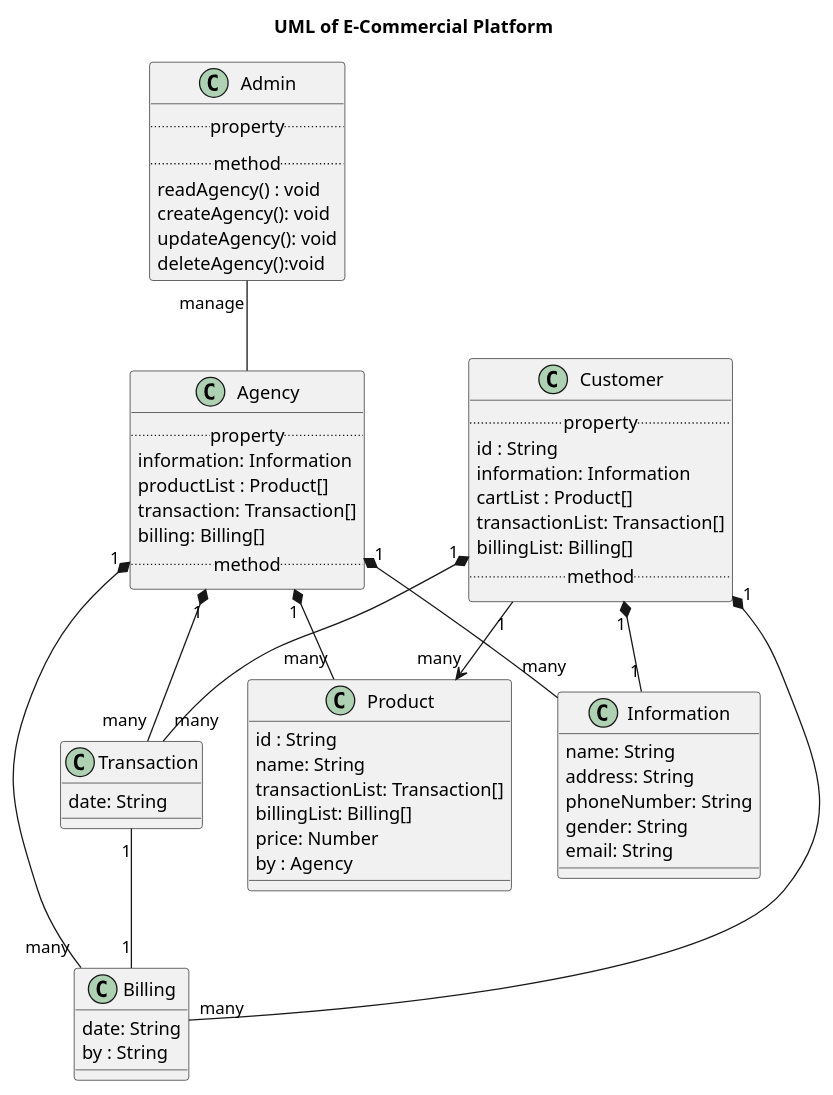
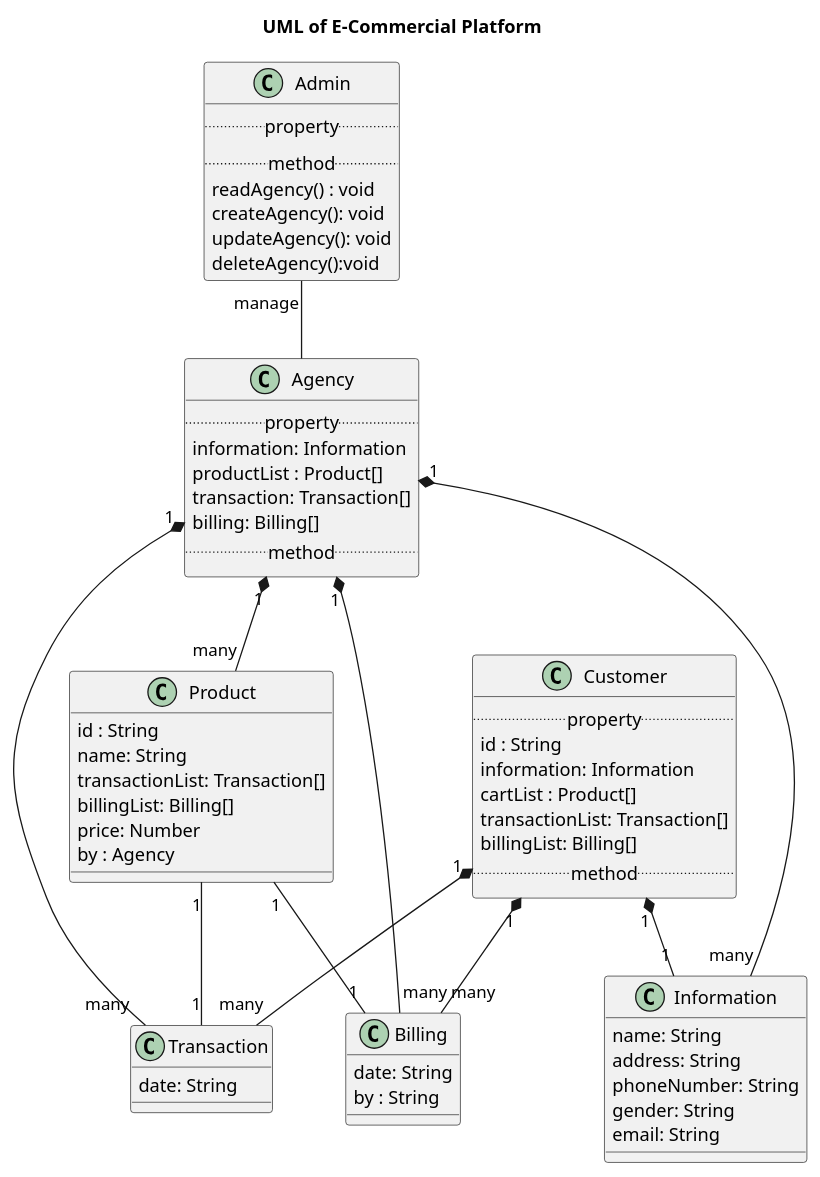
Before and after one commit to hoangquocnam/UDT_Testing: the diagram in Case_Study/UML/system.puml, drawn with PlantUML. The commit also changed 11 other files, not shown here.

Commit message:
update UML system

```diff
--- a/Case_Study/UML/system.puml
+++ b/Case_Study/UML/system.puml
@@ -1,74 +1,74 @@
 @startuml Application use cases diagram
 skinparam actorStyle awesome
 title UML of E-Commercial Platform
 
 
 class Information{
     name: String
     address: String
     phoneNumber: String
     gender: String
     email: String
 }
 
 class Billing{
     date: String
     by : String
 }
 
 
 class Transaction{
     date: String
 }
 
 class Product{
     id : String
     name: String
     transactionList: Transaction[]
     billingList: Billing[]
     price: Number
     by : Agency
 }
 
 class Customer{
     ..property..
     id : String
     information: Information
     cartList : Product[]
     transactionList: Transaction[]
     billingList: Billing[]
     ..method..
 }
 
 class Agency{
     ..property..
     information: Information
     productList : Product[]
     transaction: Transaction[]
     billing: Billing[]
     ..method..
 }
 
 class Admin{
     ..property..
     ..method..
     readAgency() : void
     createAgency(): void
     updateAgency(): void
     deleteAgency():void
 }
 
 Customer "1"*-- "1" Information 
 Agency "1"*-- "many" Information
 Admin "manage" -- Agency
 Customer "1" *-- "many" Billing
 Customer "1" *-- "many" Transaction
-Customer "1" --> "many" Product
 Agency "1" *-- "many" Product
 Agency "1" *-- "many" Billing
 Agency "1" *-- "many" Transaction
-Transaction "1" -- "1" Billing
+Product "1" -- "1" Transaction
+Product "1" -- "1" Billing
 
 
 
 @enduml
```
